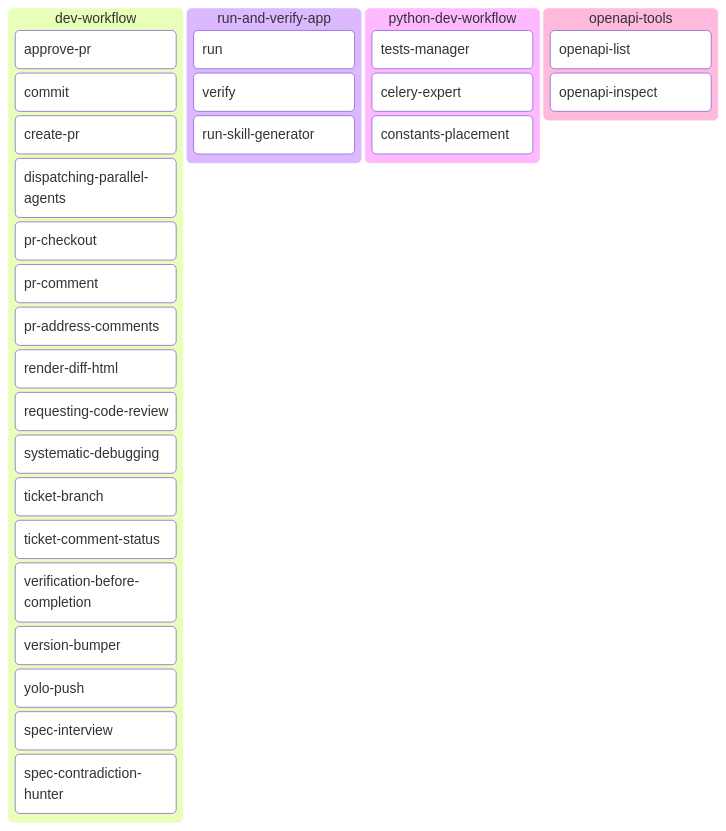
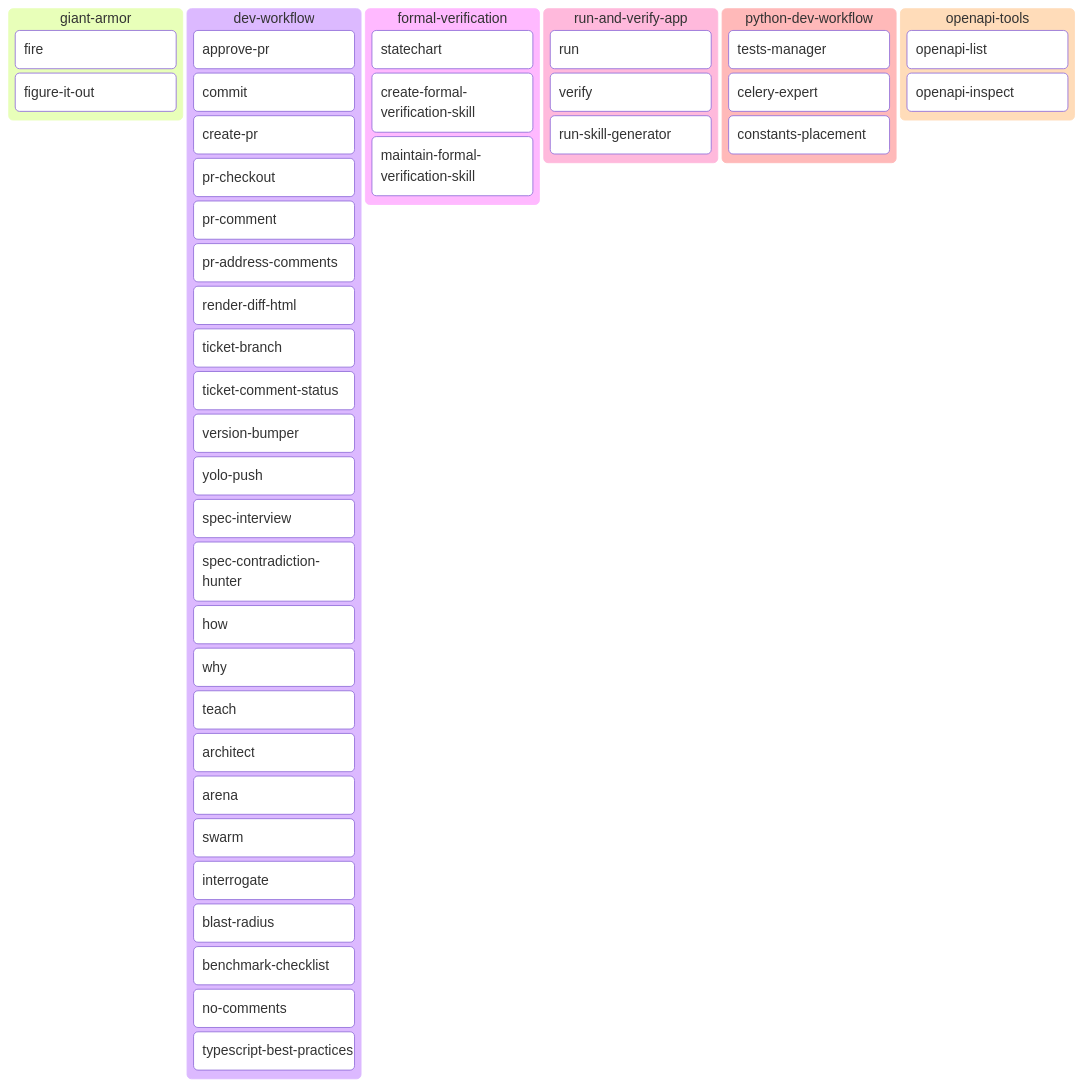
One commit to Alex-Kopylov/zweihander changed the third of 4 diagrams in README.md. Above: the diagram before and after it, drawn with Mermaid. The commit also changed other lines of this file and 349 other files, not shown here.

Commit message:
feat(zstack): publish giant-armor and formal-verification; bump touched plugins; render dist

````diff
--- a/README.md
+++ b/README.md
@@ -99,32 +107,46 @@
 ```mermaid
 kanban
+  giant_armor[giant-armor]
+    ga_fire[fire]
+    ga_figure_it_out[figure-it-out]
   dev_workflow[dev-workflow]
     dw_approve_pr[approve-pr]
     dw_commit[commit]
     dw_create_pr[create-pr]
-    dw_dispatching_parallel_agents[dispatching-parallel-agents]
     dw_pr_checkout[pr-checkout]
     dw_pr_comment[pr-comment]
     dw_pr_address_comments[pr-address-comments]
     dw_render_diff_html[render-diff-html]
-    dw_requesting_code_review[requesting-code-review]
-    dw_systematic_debugging[systematic-debugging]
     dw_ticket_branch[ticket-branch]
     dw_ticket_comment_status[ticket-comment-status]
-    dw_verification_before_completion[verification-before-completion]
     dw_version_bumper[version-bumper]
     dw_yolo_push[yolo-push]
     dw_spec_interview[spec-interview]
     dw_spec_contradiction_hunter[spec-contradiction-hunter]
+    dw_how[how]
+    dw_why[why]
+    dw_teach[teach]
+    dw_architect[architect]
+    dw_arena[arena]
+    dw_swarm[swarm]
+    dw_interrogate[interrogate]
+    dw_blast_radius[blast-radius]
+    dw_benchmark_checklist[benchmark-checklist]
+    dw_no_comments[no-comments]
+    dw_typescript_best_practices[typescript-best-practices]
+  formal_verification[formal-verification]
+    fv_statechart[statechart]
+    fv_create_formal_verification_skill[create-formal-verification-skill]
+    fv_maintain_formal_verification_skill[maintain-formal-verification-skill]
   run_and_verify_app[run-and-verify-app]
     rva_run[run]
     rva_verify[verify]
     rva_run_skill_generator[run-skill-generator]
   python_dev_workflow[python-dev-workflow]
     pdw_tests_manager[tests-manager]
     pdw_celery_expert[celery-expert]
     pdw_constants_placement[constants-placement]
   openapi_tools[openapi-tools]
     oat_openapi_list[openapi-list]
     oat_openapi_inspect[openapi-inspect]
 ```
````
